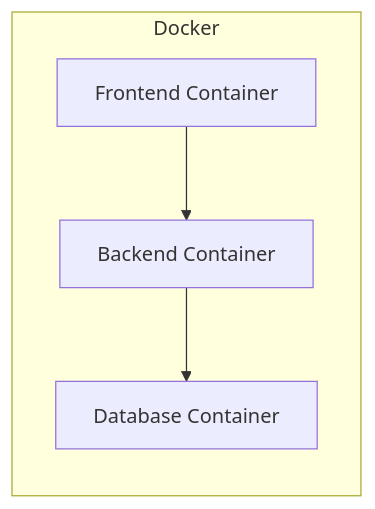
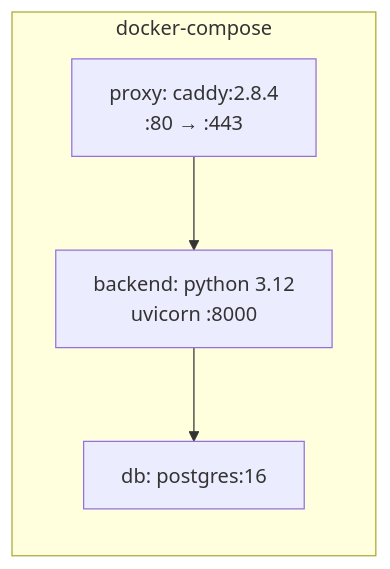
One commit to hoangnam2612/mini-agent-studio changed the second of 2 diagrams in ARCHITECTURE.md. Above: the diagram before and after it, drawn with Mermaid. The commit also changed other lines of this file and 82 other files, not shown here.

````diff
--- a/ARCHITECTURE.md
+++ b/ARCHITECTURE.md
@@ -86,9 +64,7 @@
 ```mermaid
 graph LR
-    subgraph Docker
-        FE[Frontend Container]
-        BE[Backend Container]
-        DB_C[Database Container]
+    subgraph docker-compose
+        P[proxy: caddy:2.8.4<br/>:80 → :443] --> B[backend: python 3.12<br/>uvicorn :8000]
+        B --> D[db: postgres:16]
     end
-    FE --> BE --> DB_C
 ```
````
